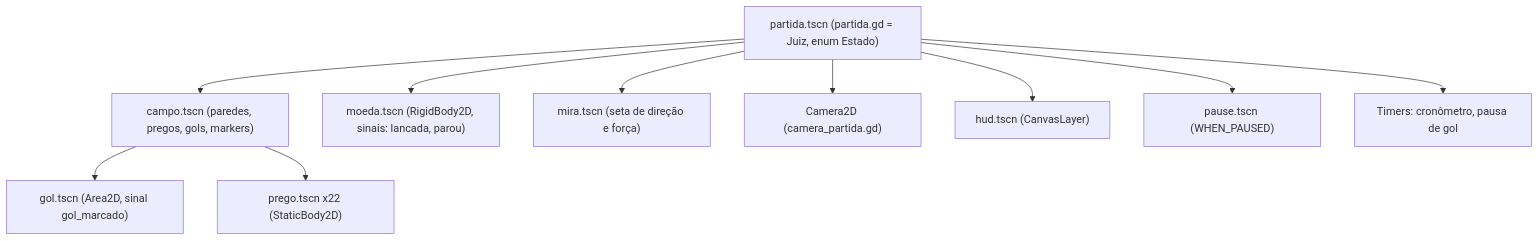
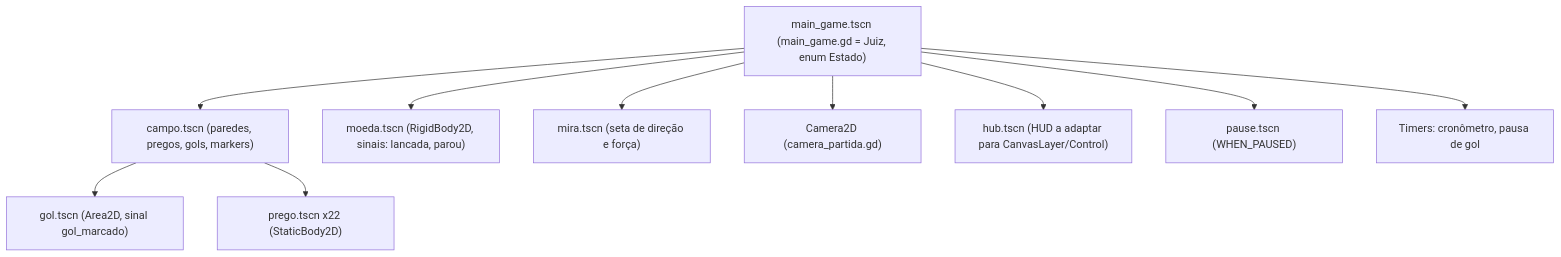
The diagram in .docs/planejamento.md (NexusMindCorp/fut-coin), drawn with Mermaid before and after one commit. The commit also changed other lines of this file and 1 other file, not shown here.

````diff
--- a/.docs/planejamento.md
+++ b/.docs/planejamento.md
@@ -142,12 +144,12 @@
 ```mermaid
 flowchart TD
-  P["partida.tscn (partida.gd = Juiz, enum Estado)"] --> C["campo.tscn (paredes, pregos, gols, markers)"]
+  P["main_game.tscn (main_game.gd = Juiz, enum Estado)"] --> C["campo.tscn (paredes, pregos, gols, markers)"]
   P --> M["moeda.tscn (RigidBody2D, sinais: lancada, parou)"]
   P --> MI["mira.tscn (seta de direção e força)"]
   P --> CAM["Camera2D (camera_partida.gd)"]
-  P --> H["hud.tscn (CanvasLayer)"]
+  P --> H["hub.tscn (HUD a adaptar para CanvasLayer/Control)"]
   P --> PA["pause.tscn (WHEN_PAUSED)"]
   P --> T["Timers: cronômetro, pausa de gol"]
   C --> G["gol.tscn (Area2D, sinal gol_marcado)"]
   C --> PR["prego.tscn x22 (StaticBody2D)"]
 ```
````
